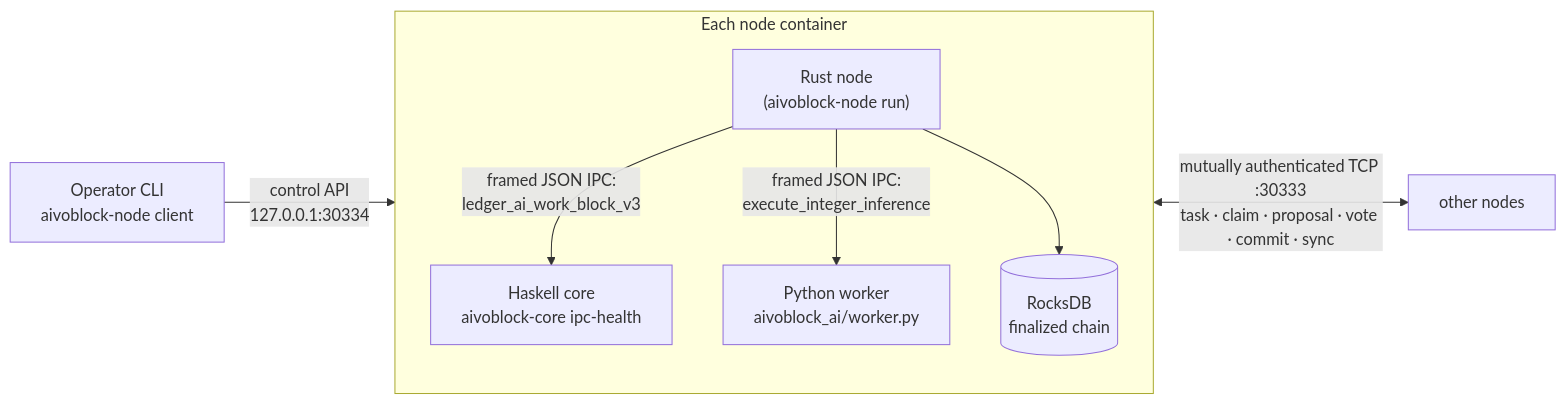
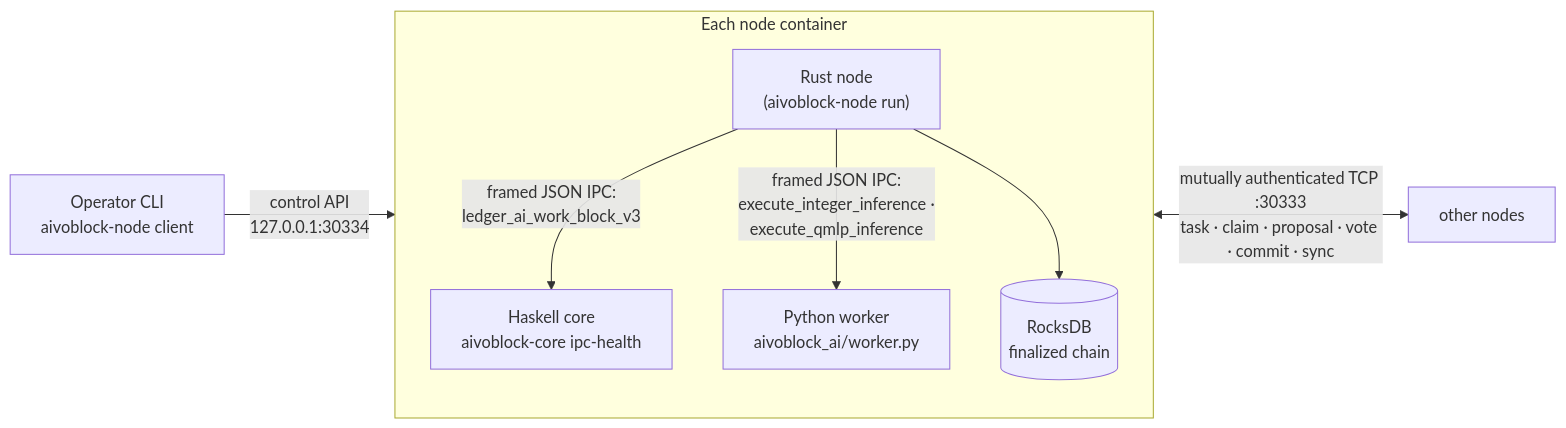
One commit to jihadelsayed/AivoBlock changed the first of 2 diagrams in docs/testnet.md. Above: the diagram before and after it, drawn with Mermaid. The commit also changed other lines of this file and 15 other files, not shown here.

````diff
--- a/docs/testnet.md
+++ b/docs/testnet.md
@@ -25,15 +25,15 @@
 ```mermaid
 flowchart LR
     subgraph node["Each node container"]
         direction TB
         N["Rust node<br/>(aivoblock-node run)"]
         H["Haskell core<br/>aivoblock-core ipc-health"]
         P["Python worker<br/>aivoblock_ai/worker.py"]
         DB[("RocksDB<br/>finalized chain")]
         N -- "framed JSON IPC:<br/>ledger_ai_work_block_v3" --> H
-        N -- "framed JSON IPC:<br/>execute_integer_inference" --> P
+        N -- "framed JSON IPC:<br/>execute_integer_inference ·<br/>execute_qmlp_inference" --> P
         N --> DB
     end
     C["Operator CLI<br/>aivoblock-node client"] -- "control API<br/>127.0.0.1:30334" --> N
     N <-- "mutually authenticated TCP :30333<br/>task · claim · proposal · vote · commit · sync" --> N2["other nodes"]
 ```
````
